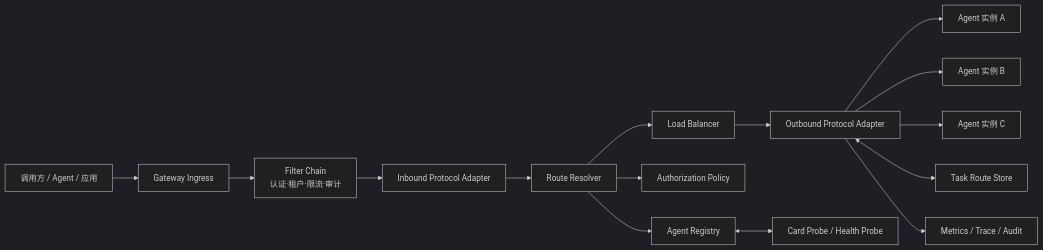
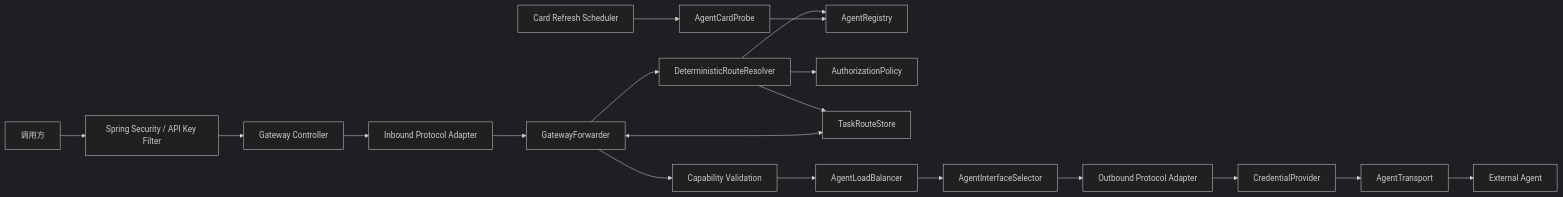
Before and after one commit to YIZ-ops/a2a4j-gateway: the diagram in docs/agent-gateway/architecture.md, drawn with Mermaid (dark theme). The commit also changed other lines of this file and 68 other files, not shown here.

````diff
--- a/docs/agent-gateway/architecture.md
+++ b/docs/agent-gateway/architecture.md
@@ -114,17 +92,21 @@
 ```mermaid
 flowchart LR
-    C["调用方 / Agent / 应用"] --> E["Gateway Ingress"]
-    E --> F["Filter Chain<br/>认证·租户·限流·审计"]
-    F --> A["Inbound Protocol Adapter"]
-    A --> R["Route Resolver"]
-    R --> G["Agent Registry"]
-    R --> P["Authorization Policy"]
-    R --> L["Load Balancer"]
-    L --> O["Outbound Protocol Adapter"]
-    O --> U1["Agent 实例 A"]
-    O --> U2["Agent 实例 B"]
-    O --> U3["Agent 实例 C"]
-    O <--> T["Task Route Store"]
-    G <--> H["Card Probe / Health Probe"]
-    O --> M["Metrics / Trace / Audit"]
+    C["调用方"] --> SF["Spring Security / API Key Filter"]
+    SF --> GC["Gateway Controller"]
+    GC --> IA["Inbound Protocol Adapter"]
+    IA --> GF["GatewayForwarder"]
+    GF --> RR["DeterministicRouteResolver"]
+    RR --> AR["AgentRegistry"]
+    RR --> AP["AuthorizationPolicy"]
+    RR --> TR["TaskRouteStore"]
+    GF --> CV["Capability Validation"]
+    CV --> LB["AgentLoadBalancer"]
+    LB --> IS["AgentInterfaceSelector"]
+    IS --> OA["Outbound Protocol Adapter"]
+    OA --> CP["CredentialProvider"]
+    CP --> AT["AgentTransport"]
+    AT --> UA["External Agent"]
+    GF <--> TR
+    CR["Card Refresh Scheduler"] --> PR["AgentCardProbe"]
+    PR --> AR
 ```
````
